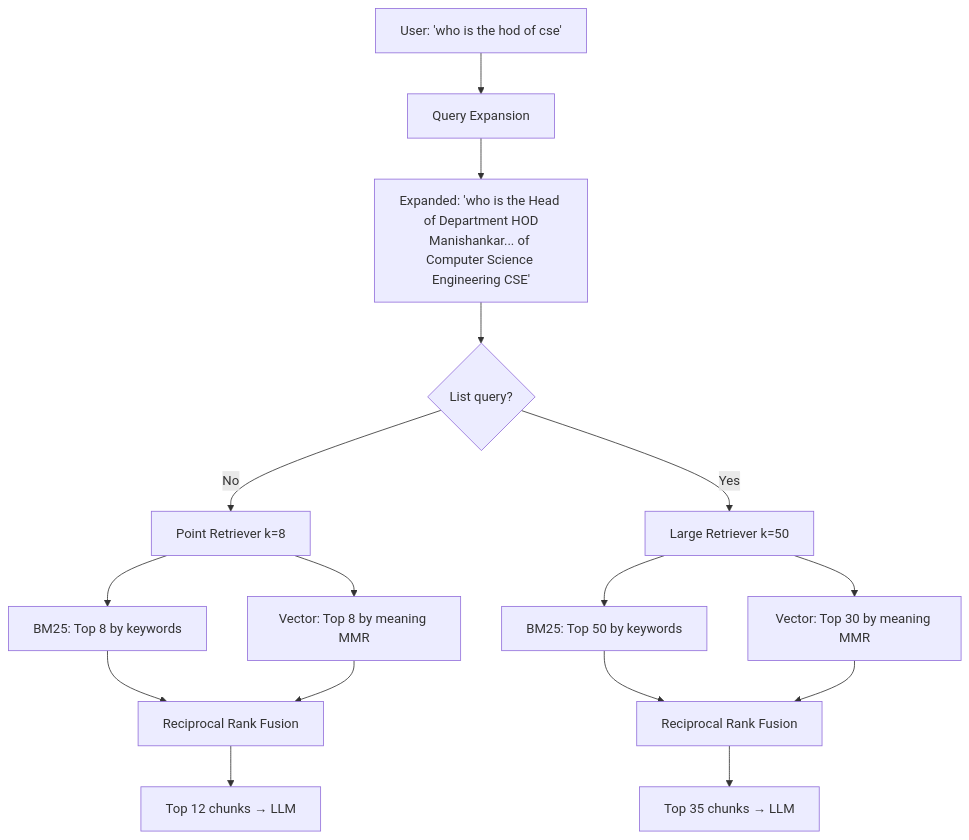
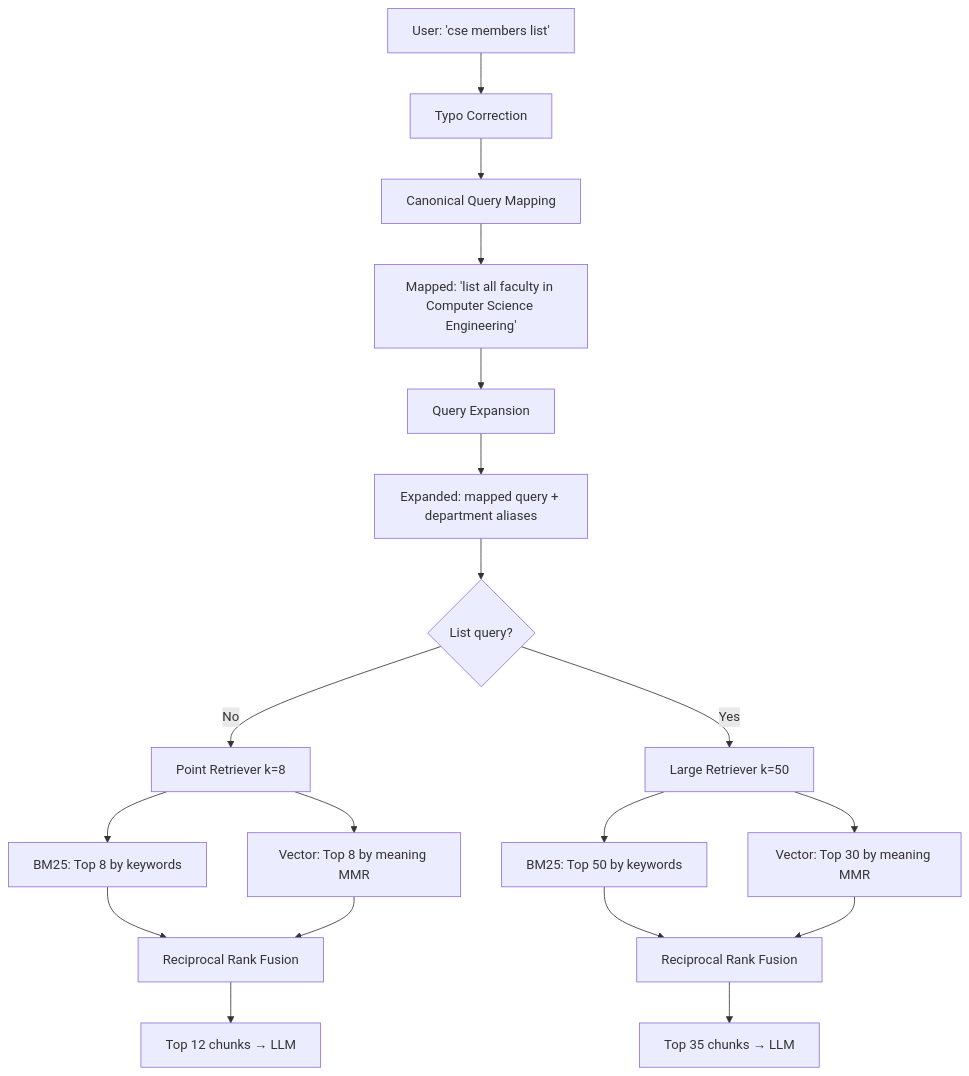
The ninth of 17 diagrams in docs/WORKING.md (arxhr007/sahrdaya_ragx), drawn with Mermaid before and after one commit. The commit also changed other lines of this file and 1 other file, not shown here.

Commit message:
feat: enhance query processing with canonical query mapping and typo correction

````diff
--- a/docs/WORKING.md
+++ b/docs/WORKING.md
@@ -430,18 +431,21 @@
 ```mermaid
 flowchart TD
-    A["User: 'who is the hod of cse'"] --> B[Query Expansion]
-    B --> C["Expanded: 'who is the Head of Department HOD\nManishankar... of Computer Science Engineering CSE'"]
-    C --> D{List query?}
-    D -->|No| E[Point Retriever k=8]
-    D -->|Yes| F[Large Retriever k=50]
-    E --> G[BM25: Top 8 by keywords]
-    E --> H[Vector: Top 8 by meaning MMR]
-    F --> I[BM25: Top 50 by keywords]
-    F --> J[Vector: Top 30 by meaning MMR]
-    G --> K[Reciprocal Rank Fusion]
-    H --> K
-    I --> L[Reciprocal Rank Fusion]
-    J --> L
-    K --> M["Top 12 chunks → LLM"]
-    L --> N["Top 35 chunks → LLM"]
+  A["User: 'cse members list'"] --> B[Typo Correction]
+  B --> C[Canonical Query Mapping]
+  C --> C2["Mapped: 'list all faculty in Computer Science Engineering'"]
+  C2 --> D[Query Expansion]
+  D --> E["Expanded: mapped query + department aliases"]
+  E --> F{List query?}
+  F -->|No| G[Point Retriever k=8]
+  F -->|Yes| H[Large Retriever k=50]
+  G --> I[BM25: Top 8 by keywords]
+  G --> J[Vector: Top 8 by meaning MMR]
+  H --> K[BM25: Top 50 by keywords]
+  H --> L[Vector: Top 30 by meaning MMR]
+  I --> M[Reciprocal Rank Fusion]
+  J --> M
+  K --> N[Reciprocal Rank Fusion]
+  L --> N
+  M --> O["Top 12 chunks → LLM"]
+  N --> P["Top 35 chunks → LLM"]
 ```
````
